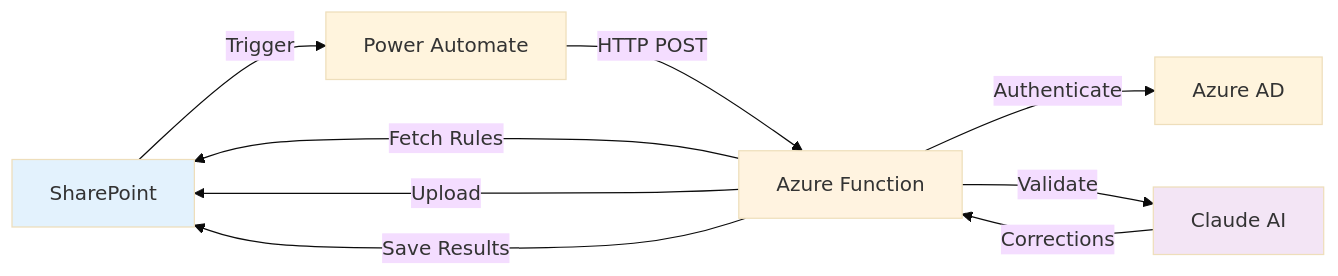
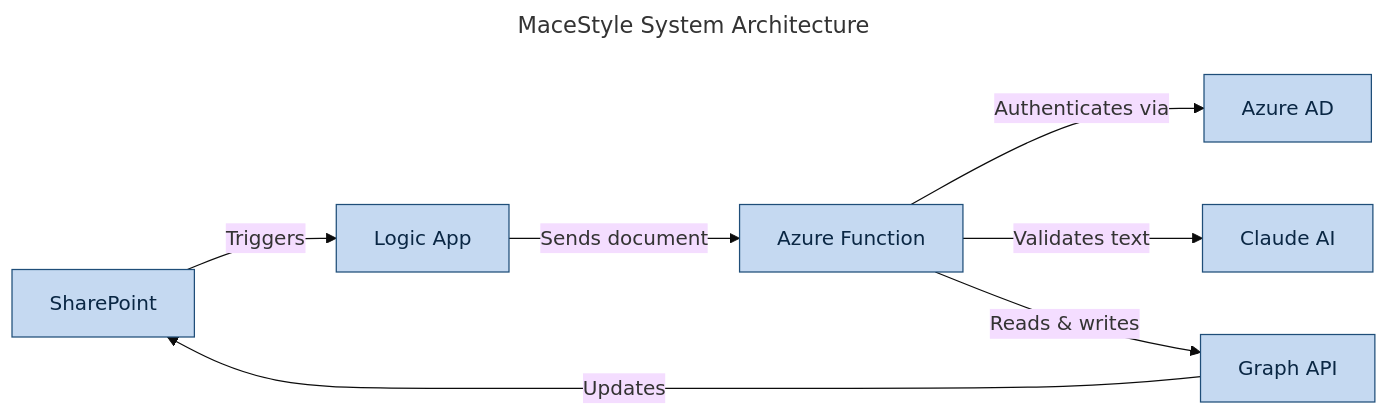
One commit to stephencummins/MaceStyle changed the diagram in README.md. Above: the diagram before and after it, drawn with Mermaid (base theme). The commit also changed 2 other files, not shown here.

Commit message:
Refactor Mermaid diagrams for CXO presentation quality
- Simplify all diagrams to max 7 nodes (merged sequential steps)
- Switch flowcharts to graph LR
- Enforce node shapes: [] stages, {} decisions, (()) outcomes
- Add verb-phrase edge labels to all connections
- Add Mace-branded classDef: primary (navy), decision (amber), outcome (teal)
- Add title frontmatter to every diagram
- Add subgraphs for distinct system owners
- Simplify sequence diagram from 16 to 10 interactions
- Remove Claude AI participant (currently disabled)

````diff
--- a/README.md
+++ b/README.md
@@ -58,15 +58,16 @@
 ```mermaid
+---
+title: MaceStyle System Architecture
+---
 graph LR
-    A[SharePoint] -->|Trigger| B[Power Automate]
-    B -->|HTTP POST| C[Azure Function]
-    C -->|Authenticate| D[Azure AD]
-    C -->|Fetch Rules| A
-    C -->|Validate| E[Claude AI]
-    E -->|Corrections| C
-    C -->|Upload| A
-    C -->|Save Results| A
+    SP[SharePoint]:::primary -->|Triggers| LA[Logic App]:::primary
+    LA -->|Sends document| AF[Azure Function]:::primary
+    AF -->|Authenticates via| AD[Azure AD]:::primary
+    AF -->|Validates text| AI[Claude AI]:::primary
+    AF -->|Reads & writes| GR[Graph API]:::primary
+    GR -->|Updates| SP
 
-    style A fill:#e3f2fd
-    style C fill:#fff3e0
-    style E fill:#f3e5f5
+    classDef primary fill:#c5d9f1,stroke:#1F4E79,color:#0a2744
+    classDef decision fill:#fac775,stroke:#854f0b,color:#412402
+    classDef outcome fill:#9fe1cb,stroke:#0f6e56,color:#04342c
 ```
````
